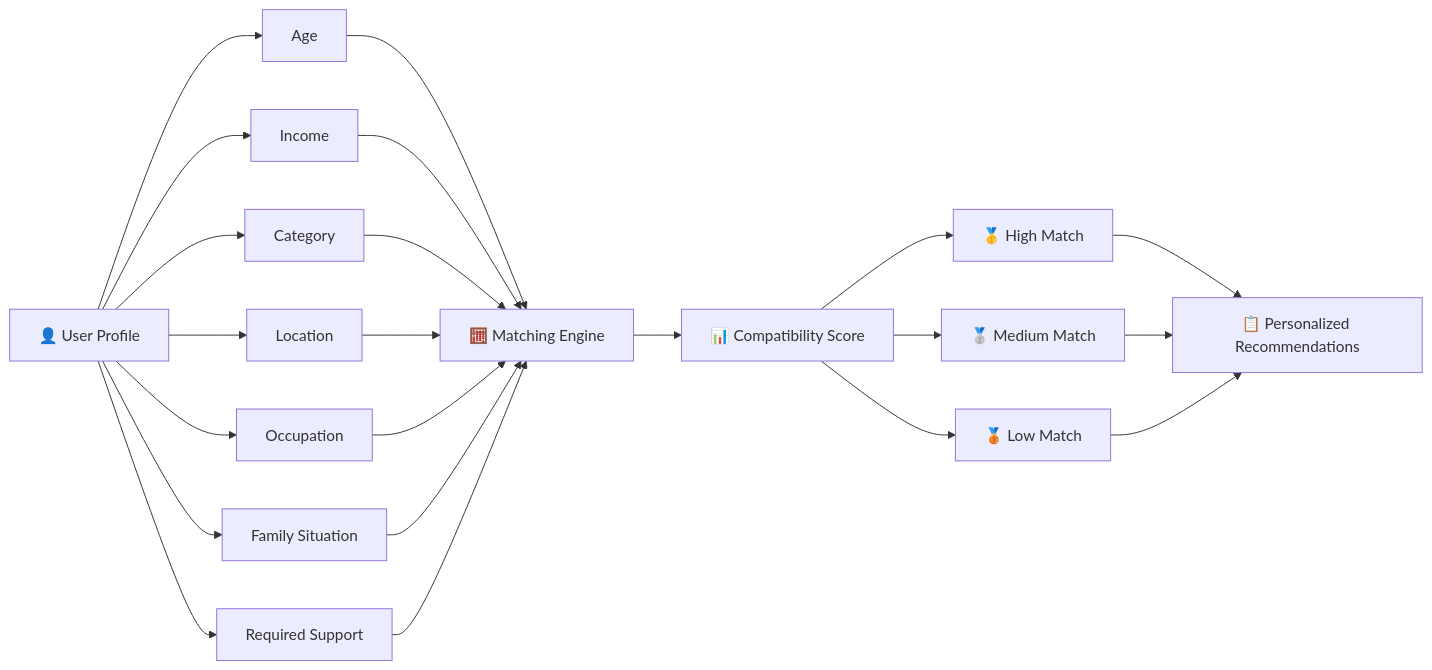
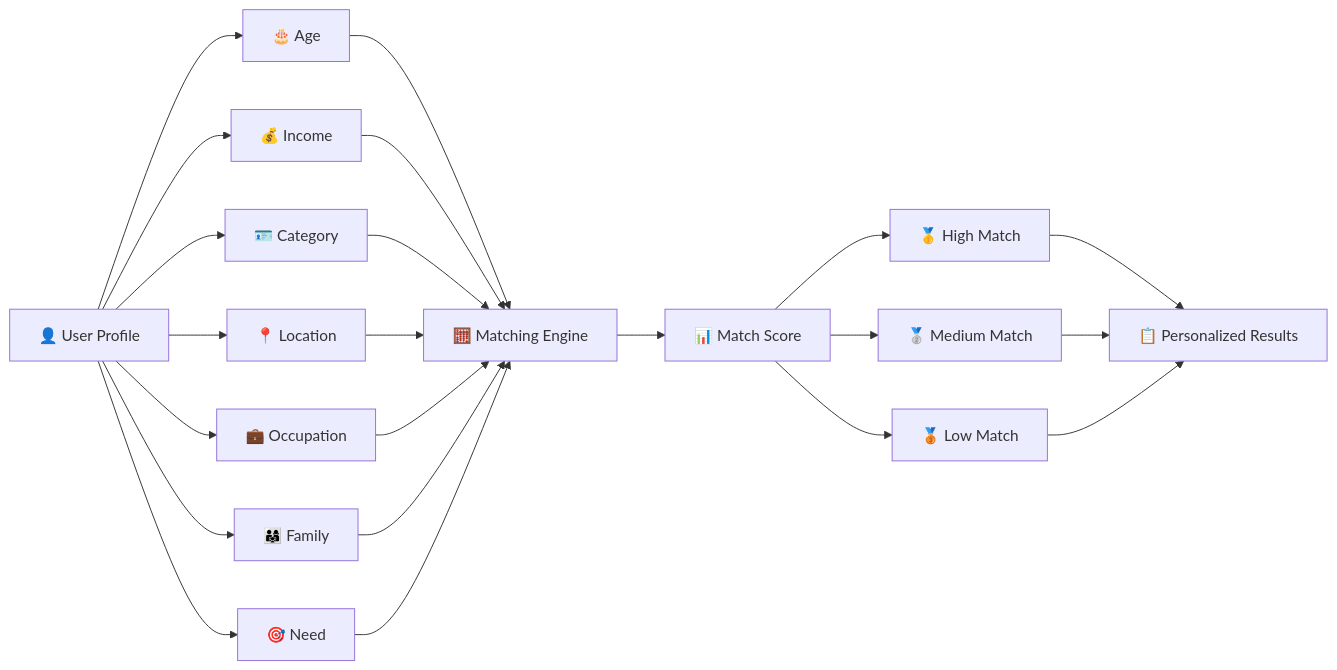
The second of 4 diagrams in README.md (AravindInish/Nalathita-Nanban-AI), drawn with Mermaid before and after one commit. The commit also changed other lines of this file, not shown here.

````diff
--- a/README.md
+++ b/README.md
@@ -264,29 +259,29 @@
 ```mermaid
 flowchart LR
 
-    A["👤 User Profile"] --> B["Age"]
-    A --> C["Income"]
-    A --> D["Category"]
-    A --> E["Location"]
-    A --> F["Occupation"]
-    A --> G["Family Situation"]
-    A --> H["Required Support"]
+    A["👤 User Profile"] --> B["🎂 Age"]
+    A --> C["💰 Income"]
+    A --> D["🪪 Category"]
+    A --> E["📍 Location"]
+    A --> F["💼 Occupation"]
+    A --> G["👨‍👩‍👧 Family"]
+    A --> H["🎯 Need"]
 
     B --> I["🧮 Matching Engine"]
     C --> I
     D --> I
     E --> I
     F --> I
     G --> I
     H --> I
 
-    I --> J["📊 Compatibility Score"]
+    I --> J["📊 Match Score"]
 
     J --> K["🥇 High Match"]
     J --> L["🥈 Medium Match"]
     J --> M["🥉 Low Match"]
 
-    K --> N["📋 Personalized Recommendations"]
+    K --> N["📋 Personalized Results"]
     L --> N
     M --> N
 ```
````
